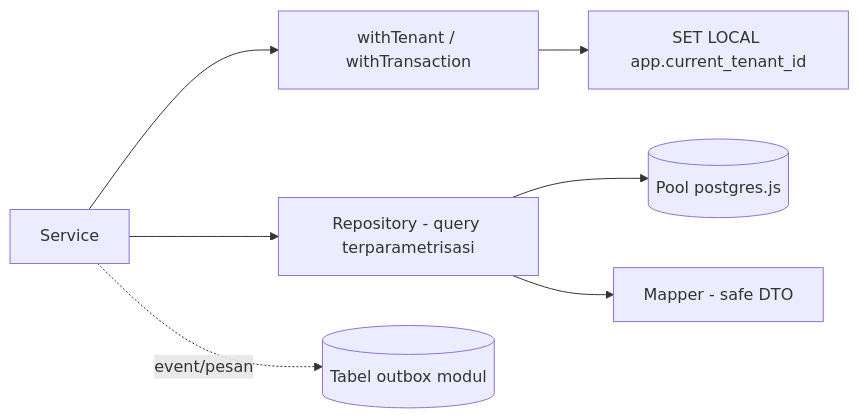
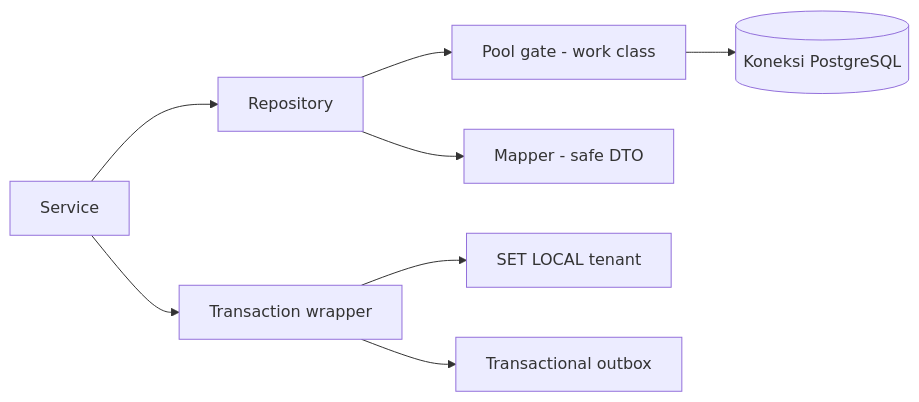
Before and after one commit to ahliweb/awcms-mini: the first of 5 diagrams in docs/awcms-mini/16_backend_data_access_integration.md, drawn with Mermaid. The commit also changed other lines of this file and 51 other files, not shown here.

````diff
--- a/docs/awcms-mini/16_backend_data_access_integration.md
+++ b/docs/awcms-mini/16_backend_data_access_integration.md
@@ -18,9 +24,10 @@
 ```mermaid
 flowchart LR
-  Svc[Service] --> Tx[withTenant / withTransaction]
-  Tx --> Rls[SET LOCAL app.current_tenant_id]
-  Svc --> Repo[Repository - query terparametrisasi]
-  Repo --> Pool[(Pool postgres.js)]
+  Svc[Service] --> Repo[Repository]
+  Repo --> Pool[Pool gate - work class]
+  Pool --> Conn[(Koneksi PostgreSQL)]
   Repo --> Map[Mapper - safe DTO]
-  Svc -. event/pesan .-> Outbox[(Tabel outbox modul)]
+  Svc --> Tx[Transaction wrapper]
+  Tx --> Rls[SET LOCAL tenant]
+  Tx --> Outbox[Transactional outbox]
 ```
````
